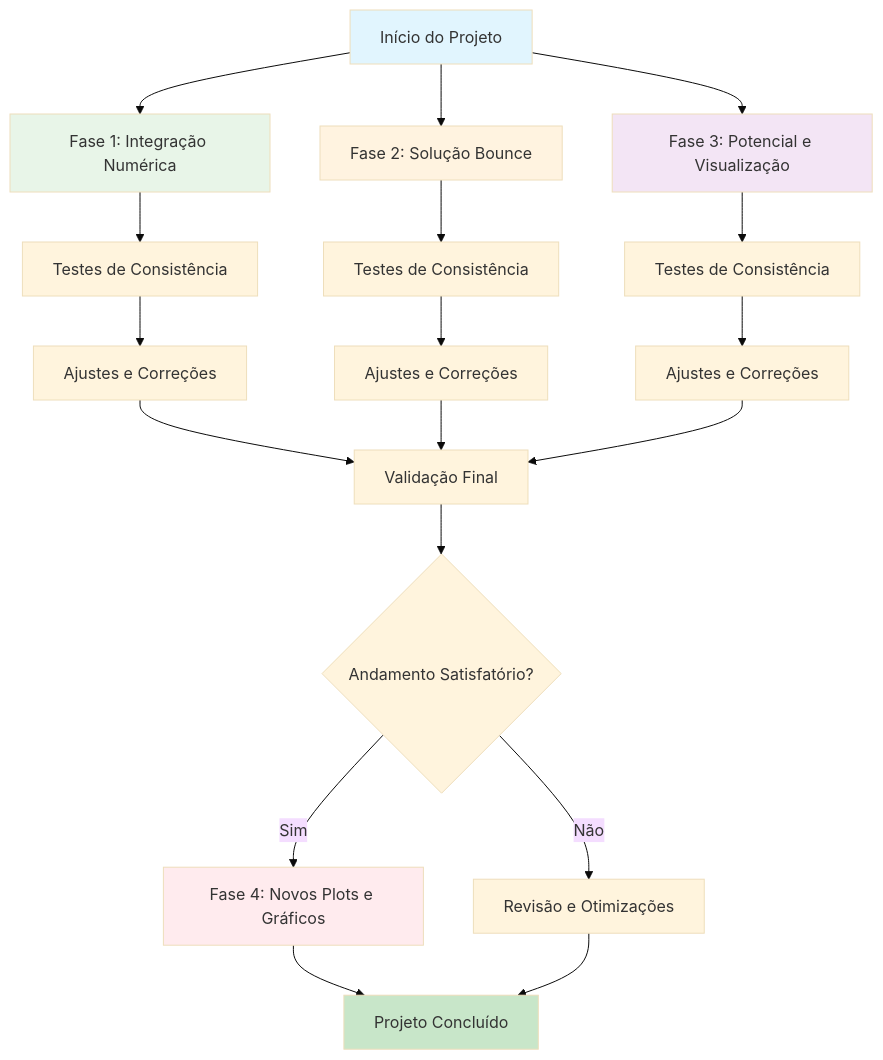
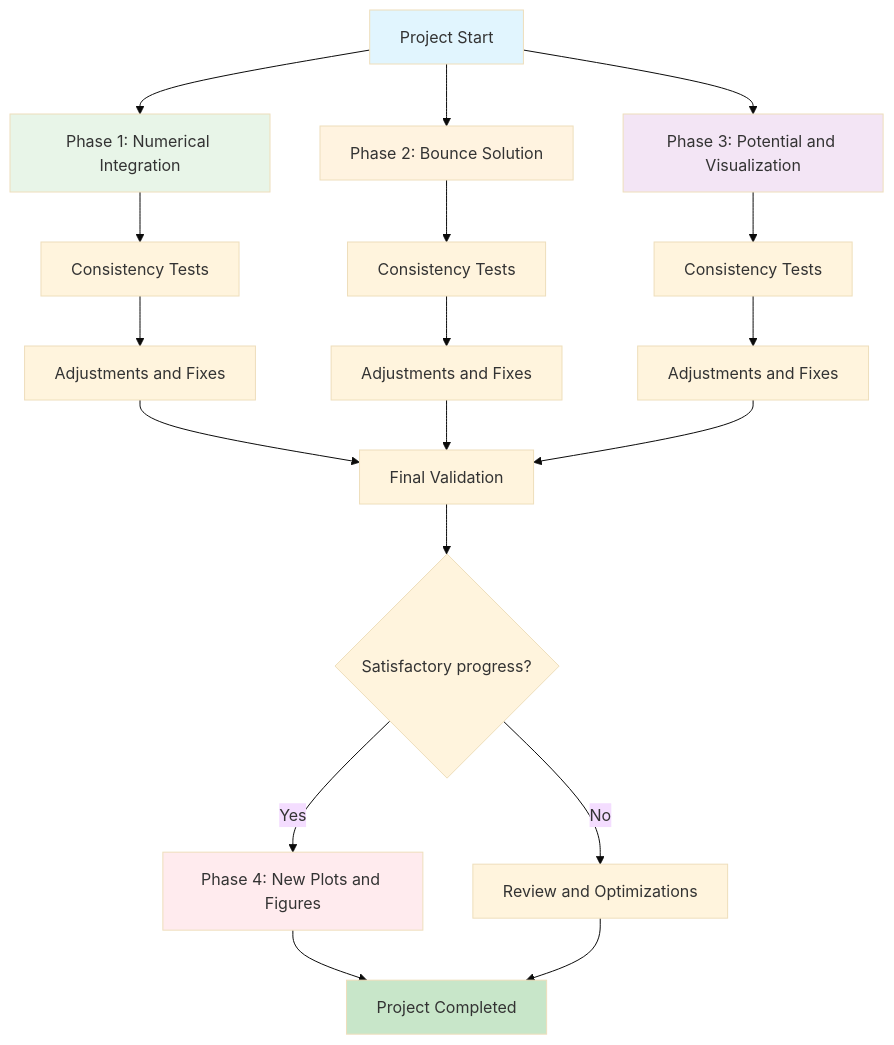
Before and after one commit to IgorStellet/GW_FOPT_Simulation: the third of 3 diagrams in README.md, drawn with Mermaid (base theme). The commit also changed other lines of this file, not shown here.

````diff
--- a/README.md
+++ b/README.md
@@ -166,33 +164,33 @@
 ```mermaid
 graph TD
-    Start[Início do Projeto] --> Phase1[Fase 1: Integração Numérica]
-    Start --> Phase2[Fase 2: Solução Bounce]
-    Start --> Phase3[Fase 3: Potencial e Visualização]
+    Start[Project Start] --> Phase1[Phase 1: Numerical Integration]
+    Start --> Phase2[Phase 2: Bounce Solution]
+    Start --> Phase3[Phase 3: Potential and Visualization]
     
-    Phase1 --> Test1[Testes de Consistência]
-    Phase2 --> Test2[Testes de Consistência]
-    Phase3 --> Test3[Testes de Consistência]
+    Phase1 --> Test1[Consistency Tests]
+    Phase2 --> Test2[Consistency Tests]
+    Phase3 --> Test3[Consistency Tests]
     
-    Test1 --> Adjust1[Ajustes e Correções]
-    Test2 --> Adjust2[Ajustes e Correções]
-    Test3 --> Adjust3[Ajustes e Correções]
+    Test1 --> Adjust1[Adjustments and Fixes]
+    Test2 --> Adjust2[Adjustments and Fixes]
+    Test3 --> Adjust3[Adjustments and Fixes]
     
-    Adjust1 --> FinalValidation[Validação Final]
+    Adjust1 --> FinalValidation[Final Validation]
     Adjust2 --> FinalValidation
     Adjust3 --> FinalValidation
     
-    FinalValidation --> Decision{Andamento Satisfatório?}
+    FinalValidation --> Decision{Satisfactory progress?}
     
-    Decision -- Sim --> Phase4[Fase 4: Novos Plots e Gráficos]
-    Decision -- Não --> Review[Revisão e Otimizações]
+    Decision -- Yes --> Phase4[Phase 4: New Plots and Figures]
+    Decision -- No --> Review[Review and Optimizations]
     
-    Phase4 --> ProjectEnd[Projeto Concluído]
+    Phase4 --> ProjectEnd[Project Completed]
     Review --> ProjectEnd
 
     style Start fill:#e1f5fe
     style Phase1 fill:#e8f5e8
     style Phase2 fill:#fff3e0
     style Phase3 fill:#f3e5f5
     style Phase4 fill:#ffebee
     style ProjectEnd fill:#c8e6c9
 ```
````
